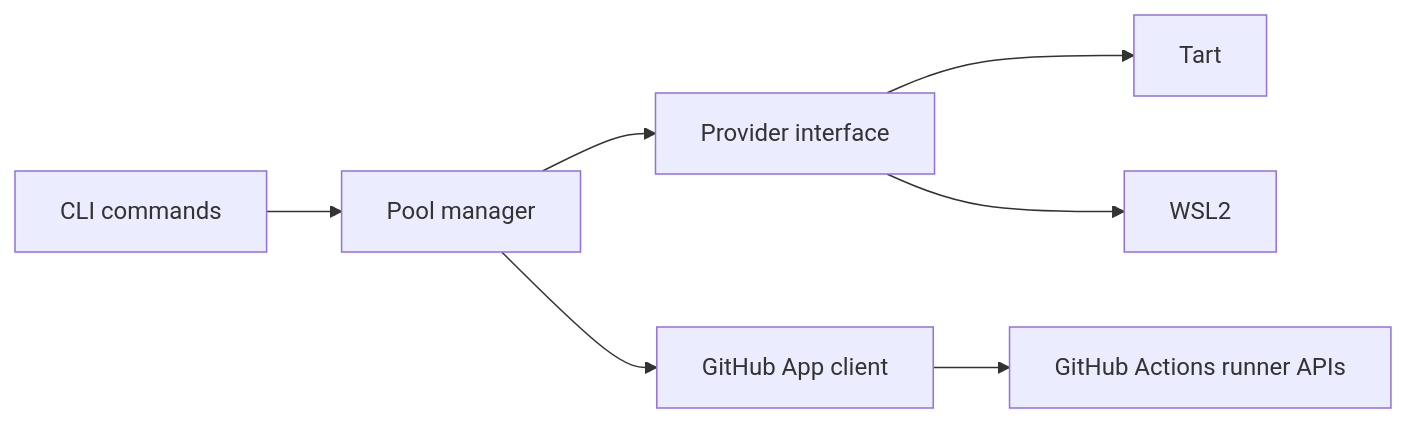
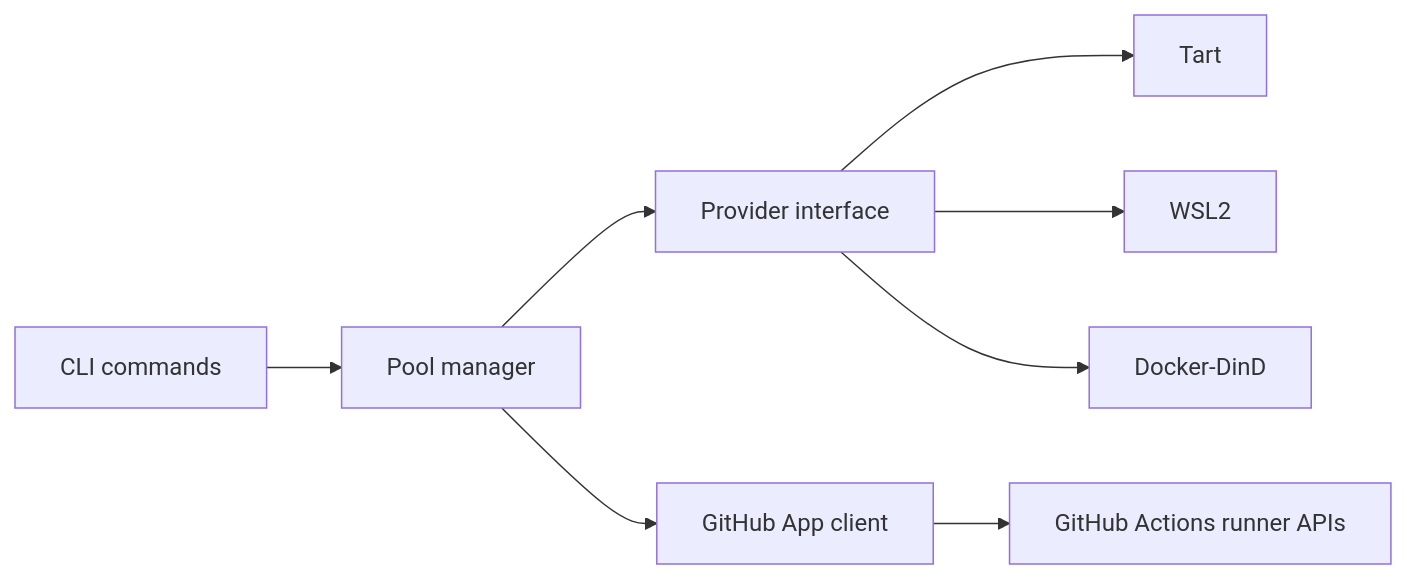
Before and after one commit to solutionforest/ephemeral-action-runner: the first of 2 diagrams in docs/design.md, drawn with Mermaid. The commit also changed other lines of this file and 30 other files, not shown here.

Commit message:
Add Docker-DinD provider

````diff
--- a/docs/design.md
+++ b/docs/design.md
@@ -9,9 +9,10 @@
 ```mermaid
 flowchart LR
   CLI["CLI commands"] --> Manager["Pool manager"]
   Manager --> Provider["Provider interface"]
   Manager --> GitHub["GitHub App client"]
   Provider --> Tart["Tart"]
   Provider --> WSL["WSL2"]
+  Provider --> DinD["Docker-DinD"]
   GitHub --> API["GitHub Actions runner APIs"]
 ```
````
